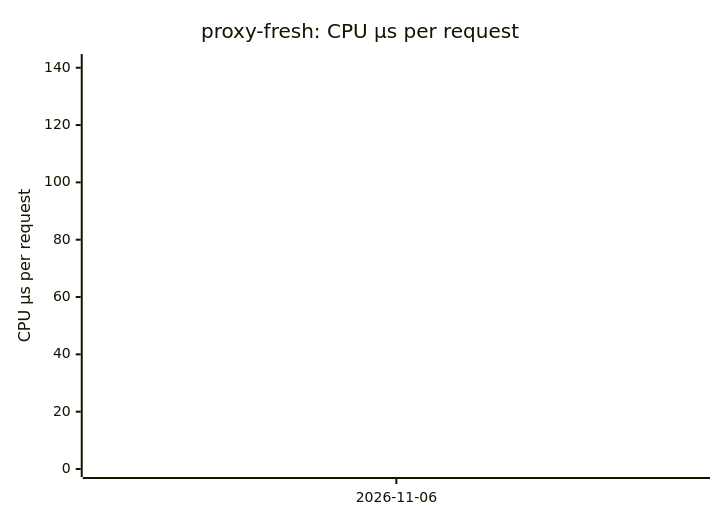
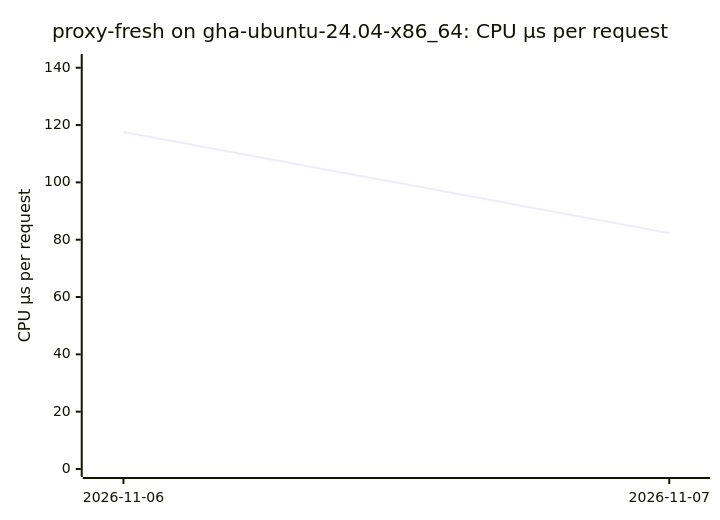
Before and after one commit to ThePixelPilgrim/durchlauferhitzer: the fifth of 14 diagrams in BENCHMARKS.md, drawn with Mermaid. The commit also changed other lines of this file and 1 other file, not shown here.

````diff
--- a/BENCHMARKS.md
+++ b/BENCHMARKS.md
@@ -63,7 +64,7 @@
 ```mermaid
 xychart-beta
-  title "proxy-fresh: CPU µs per request"
-  x-axis ["2026-11-06"]
+  title "proxy-fresh on gha-ubuntu-24.04-x86_64: CPU µs per request"
+  x-axis ["2026-11-06", "2026-11-07"]
   y-axis "CPU µs per request" 0 --> 142
-  line [117.55]
+  line [117.55, 82.30]
 ```
````
